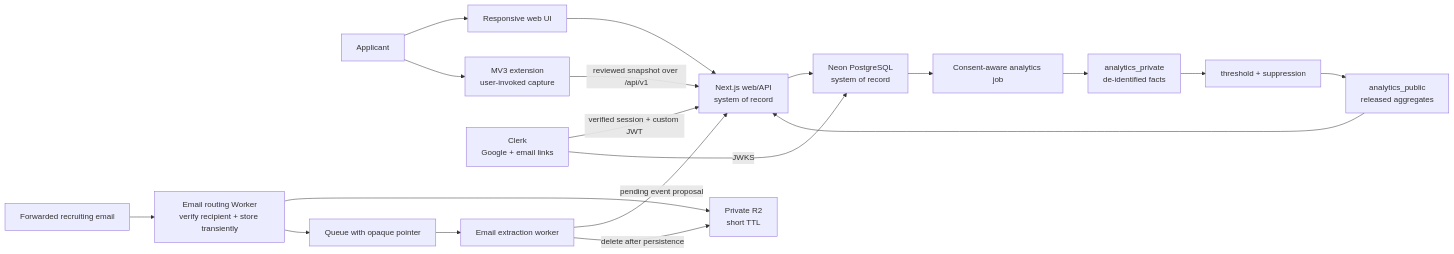
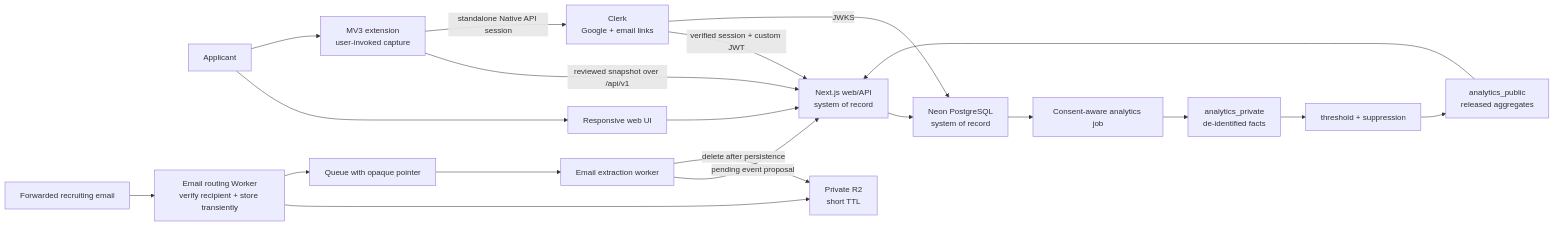
The diagram in docs/architecture.md (aaravrshah/wip), drawn with Mermaid before and after one commit. The commit also changed other lines of this file and 138 other files, not shown here.

````diff
--- a/docs/architecture.md
+++ b/docs/architecture.md
@@ -22,23 +22,24 @@
 ```mermaid
 flowchart LR
     User["Applicant"] --> WebUI["Responsive web UI"]
     User --> Extension["MV3 extension\nuser-invoked capture"]
     WebUI --> WebAPI["Next.js web/API\nsystem of record"]
     Extension -->|"reviewed snapshot over /api/v1"| WebAPI
+    Extension -->|"standalone Native API session"| Auth
     WebAPI --> DB["Neon PostgreSQL\nsystem of record"]
     Auth["Clerk\nGoogle + email links"] -->|"verified session + custom JWT"| WebAPI
     Auth -->|"JWKS"| DB
 
     Mail["Forwarded recruiting email"] --> EmailWorker["Email routing Worker\nverify recipient + store transiently"]
     EmailWorker --> Raw["Private R2\nshort TTL"]
     EmailWorker --> Queue["Queue with opaque pointer"]
     Queue --> Extractor["Email extraction worker"]
     Extractor -->|"pending event proposal"| WebAPI
     Extractor -->|"delete after persistence"| Raw
 
     DB --> Deriver["Consent-aware analytics job"]
     Deriver --> PrivateFacts["analytics_private\nde-identified facts"]
     PrivateFacts --> Suppressor["threshold + suppression"]
     Suppressor --> PublicStats["analytics_public\nreleased aggregates"]
     PublicStats --> WebAPI
 ```
````
